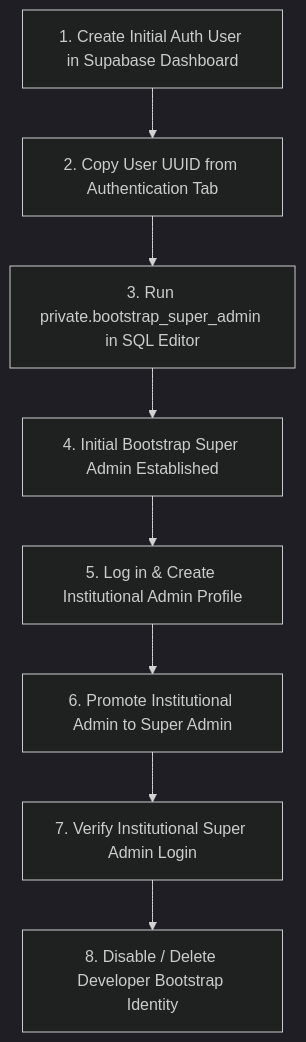
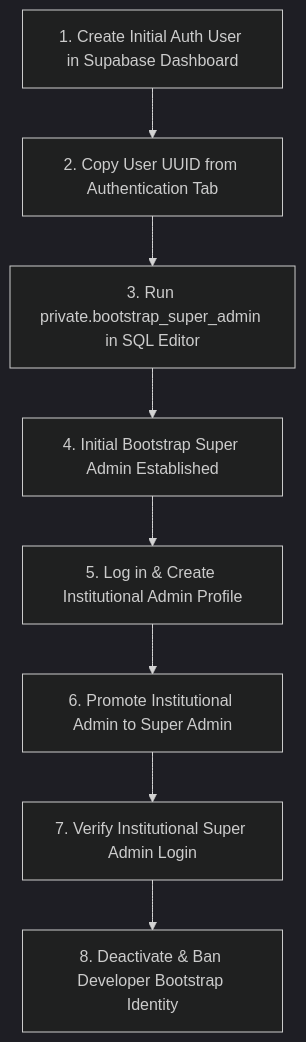
The diagram in docs/SUPER_ADMIN_BOOTSTRAP.md (jsphhbna/egatepass), drawn with Mermaid (dark theme) before and after one commit. The commit also changed other lines of this file and 13 other files, not shown here.

````diff
--- a/docs/SUPER_ADMIN_BOOTSTRAP.md
+++ b/docs/SUPER_ADMIN_BOOTSTRAP.md
@@ -9,19 +9,19 @@
 ```mermaid
 flowchart TD
     Auth[1. Create Initial Auth User in Supabase Dashboard]
     UUID[2. Copy User UUID from Authentication Tab]
     Bootstrap[3. Run private.bootstrap_super_admin in SQL Editor]
     BootstrapSA[4. Initial Bootstrap Super Admin Established]
     Institution[5. Log in & Create Institutional Admin Profile]
     Promote[6. Promote Institutional Admin to Super Admin]
     Verify[7. Verify Institutional Super Admin Login]
-    Disable[8. Disable / Delete Developer Bootstrap Identity]
+    Disable[8. Deactivate & Ban Developer Bootstrap Identity]
 
     Auth --> UUID
     UUID --> Bootstrap
     Bootstrap --> BootstrapSA
     BootstrapSA --> Institution
     Institution --> Promote
     Promote --> Verify
     Verify --> Disable
 ```
````
